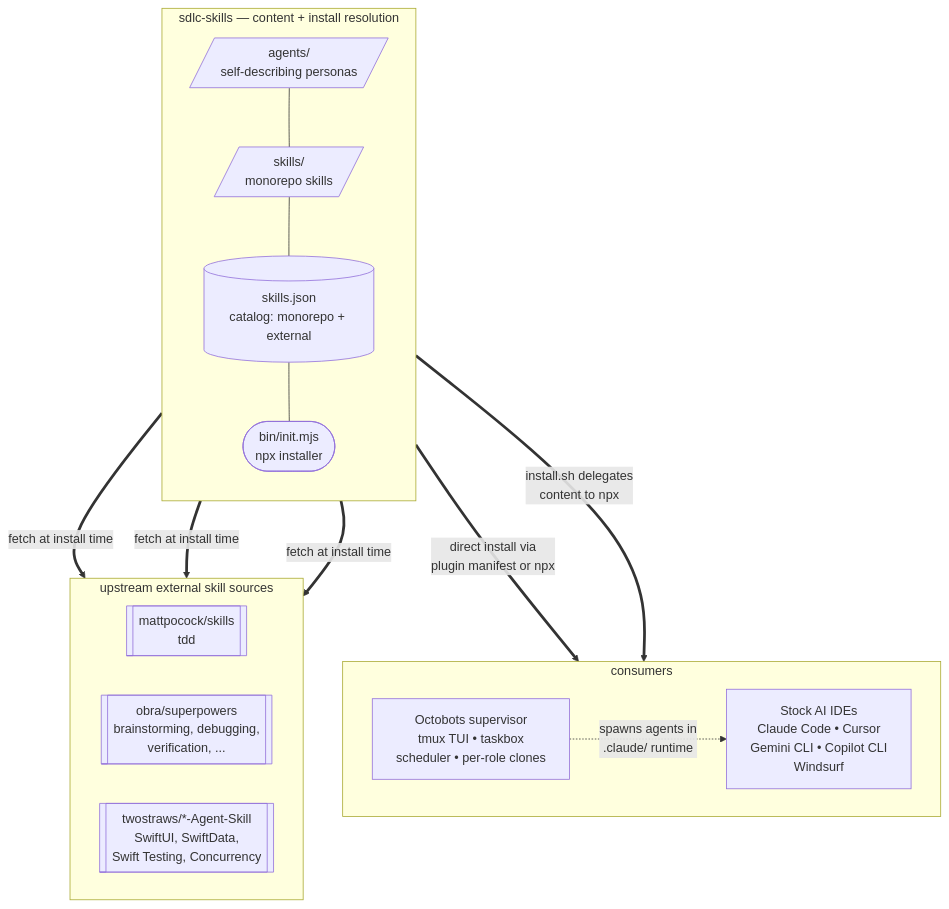
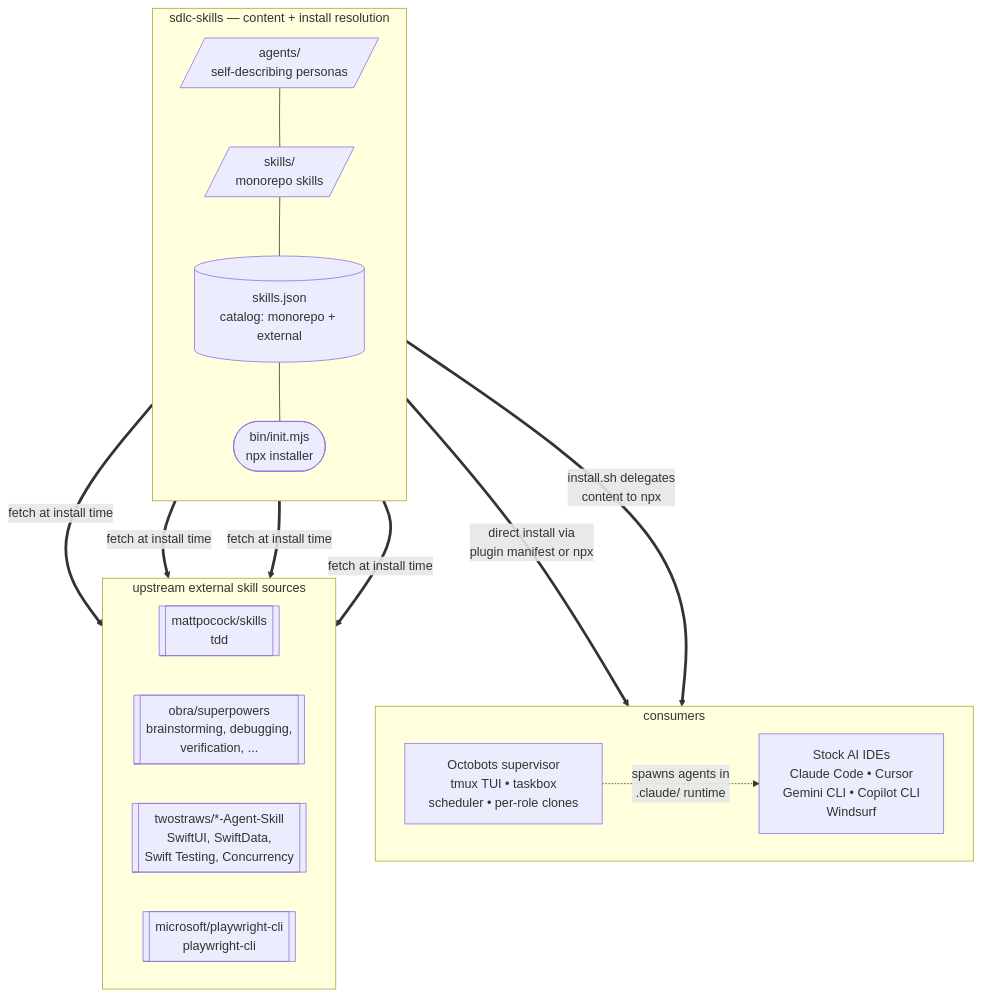
One commit to arozumenko/sdlc-skills changed the diagram in README.md. Above: the diagram before and after it, drawn with Mermaid. The commit also changed other lines of this file and 9 other files, not shown here.

First line of the commit message:
Add microsoft/playwright-cli external skill + browser-tool triage

````diff
--- a/README.md
+++ b/README.md
@@ -21,34 +21,36 @@
 ```mermaid
 flowchart TB
     subgraph sdlc["sdlc-skills — content + install resolution"]
         direction TB
         agents[/"agents/<br/>self-describing personas"/]
         skills[/"skills/<br/>monorepo skills"/]
         registry[("skills.json<br/>catalog: monorepo + external")]
         installer(["bin/init.mjs<br/>npx installer"])
         agents --- skills
         skills --- registry
         registry --- installer
     end
 
     subgraph consumers["consumers"]
         direction LR
         ides["Stock AI IDEs<br/>Claude Code • Cursor<br/>Gemini CLI • Copilot CLI<br/>Windsurf"]
         octobots["Octobots supervisor<br/>tmux TUI • taskbox<br/>scheduler • per-role clones"]
     end
 
     subgraph externals["upstream external skill sources"]
         direction LR
         ext_matt[["mattpocock/skills<br/>tdd"]]
         ext_obra[["obra/superpowers<br/>brainstorming, debugging,<br/>verification, ..."]]
         ext_tws[["twostraws/*-Agent-Skill<br/>SwiftUI, SwiftData,<br/>Swift Testing, Concurrency"]]
+        ext_msft[["microsoft/playwright-cli<br/>playwright-cli"]]
     end
 
     installer ==>|fetch at install time| ext_matt
     installer ==>|fetch at install time| ext_obra
     installer ==>|fetch at install time| ext_tws
+    installer ==>|fetch at install time| ext_msft
 
     sdlc ==>|direct install via<br/>plugin manifest or npx| ides
     sdlc ==>|install.sh delegates<br/>content to npx| octobots
     octobots -.->|spawns agents in<br/>.claude/ runtime| ides
 ```
````
